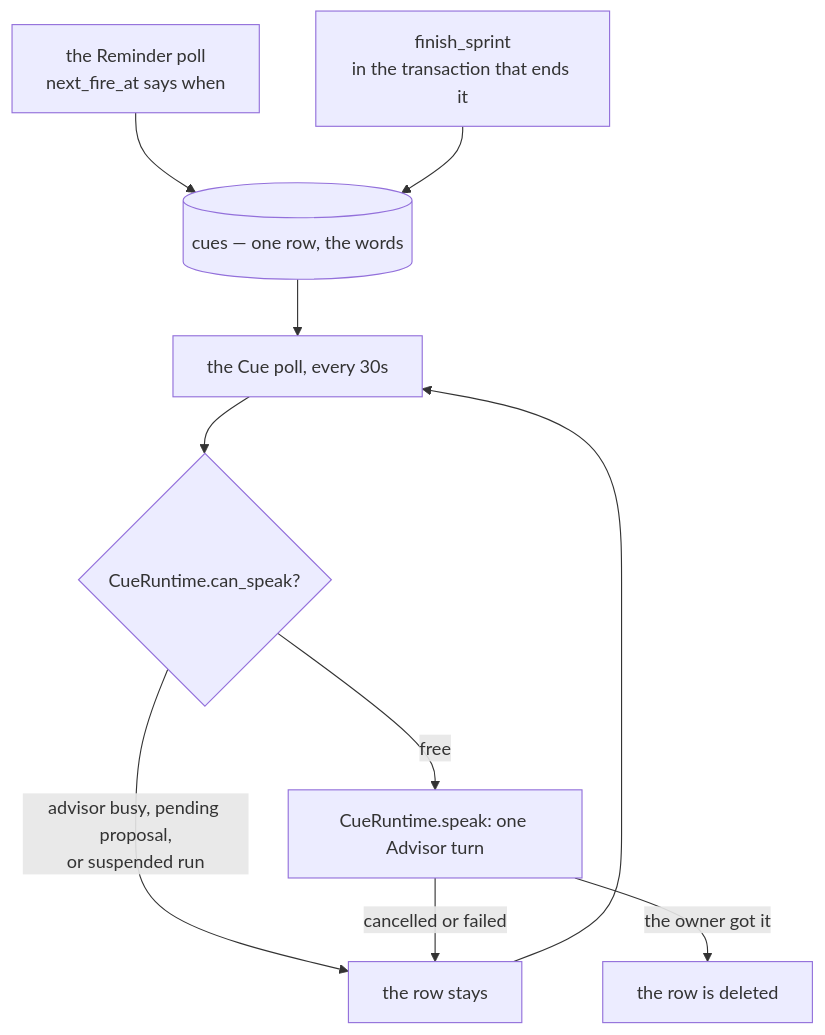
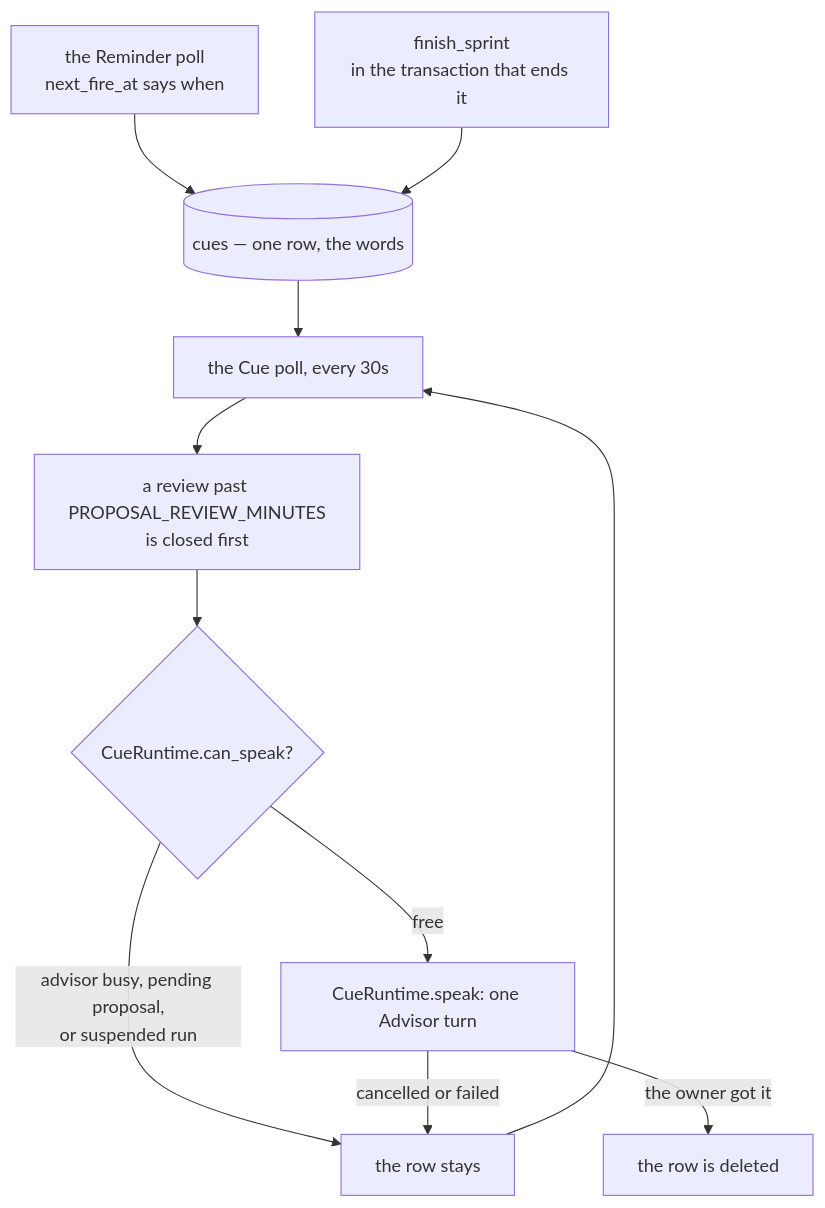
One commit to myvaheed/tg-ai-safwa changed the ninth of 13 diagrams in docs/AGENT_ARCH.md. Above: the diagram before and after it, drawn with Mermaid. The commit also changed other lines of this file and 27 other files, not shown here.

First line of the commit message:
v9.54 a review nobody answers is closed by the system after 30 minutes

````diff
--- a/docs/AGENT_ARCH.md
+++ b/docs/AGENT_ARCH.md
@@ -413,12 +428,13 @@
 ```mermaid
 flowchart TB
     RM[the Reminder poll<br/>next_fire_at says when] --> ROW
     SP[finish_sprint<br/>in the transaction that ends it] --> ROW[(cues — one row, the words)]
     ROW --> CQ[the Cue poll, every 30s]
-    CQ --> GATE{CueRuntime.can_speak?}
+    CQ --> EXP[a review past PROPOSAL_REVIEW_MINUTES<br/>is closed first]
+    EXP --> GATE{CueRuntime.can_speak?}
     GATE -->|advisor busy, pending proposal,<br/>or suspended run| WAIT[the row stays]
     GATE -->|free| TURN[CueRuntime.speak: one Advisor turn]
     TURN -->|the owner got it| DEL[the row is deleted]
     TURN -->|cancelled or failed| WAIT
     WAIT --> CQ
 ```
````
